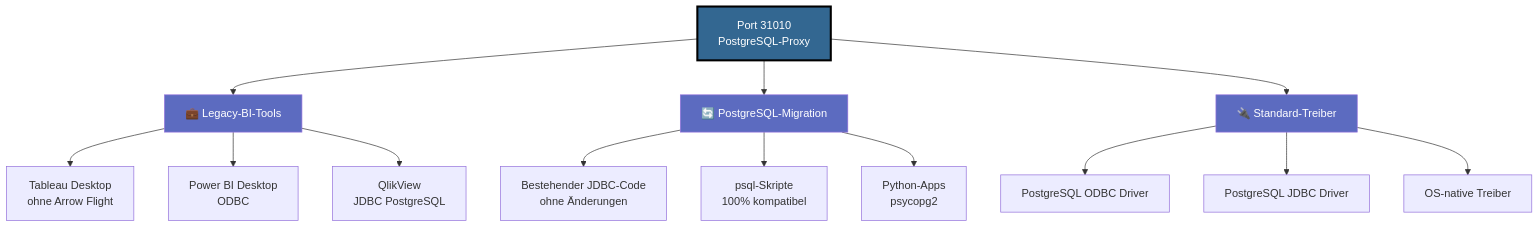
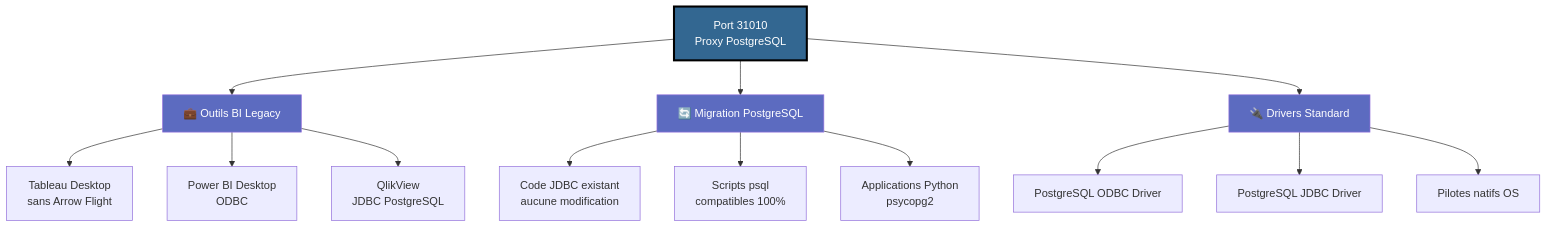
The sixth of 9 diagrams in docs/i18n/de/architecture/dremio-ports-visual.md (Monsau/Talentys-OSS-Data-Platform), drawn with Mermaid before and after one commit. The commit also changed other lines of this file and 485 other files, not shown here.

First line of the commit message:
feat: v1.1.0 - Complete i18n roadmap, AI services, and data platform

````diff
--- a/docs/i18n/de/architecture/dremio-ports-visual.md
+++ b/docs/i18n/de/architecture/dremio-ports-visual.md
@@ -194,25 +194,25 @@
 ```mermaid
 graph TB
-    A[Port 31010<br/>PostgreSQL-Proxy]
+    A[Port 31010<br/>Proxy PostgreSQL]
     
-    A --> B1[💼 Legacy-BI-Tools]
-    A --> B2[🔄 PostgreSQL-Migration]
-    A --> B3[🔌 Standard-Treiber]
+    A --> B1[💼 Outils BI Legacy]
+    A --> B2[🔄 Migration PostgreSQL]
+    A --> B3[🔌 Drivers Standard]
     
-    B1 --> C1[Tableau Desktop<br/>ohne Arrow Flight]
+    B1 --> C1[Tableau Desktop<br/>sans Arrow Flight]
     B1 --> C2[Power BI Desktop<br/>ODBC]
     B1 --> C3[QlikView<br/>JDBC PostgreSQL]
     
-    B2 --> D1[Bestehender JDBC-Code<br/>ohne Änderungen]
-    B2 --> D2[psql-Skripte<br/>100% kompatibel]
-    B2 --> D3[Python-Apps<br/>psycopg2]
+    B2 --> D1[Code JDBC existant<br/>aucune modification]
+    B2 --> D2[Scripts psql<br/>compatibles 100%]
+    B2 --> D3[Applications Python<br/>psycopg2]
     
     B3 --> E1[PostgreSQL ODBC Driver]
     B3 --> E2[PostgreSQL JDBC Driver]
-    B3 --> E3[OS-native Treiber]
+    B3 --> E3[Pilotes natifs OS]
     
     style A fill:#336791,color:#fff,stroke:#000,stroke-width:3px
     style B1 fill:#5C6BC0,color:#fff
     style B2 fill:#5C6BC0,color:#fff
     style B3 fill:#5C6BC0,color:#fff
 ```
````
